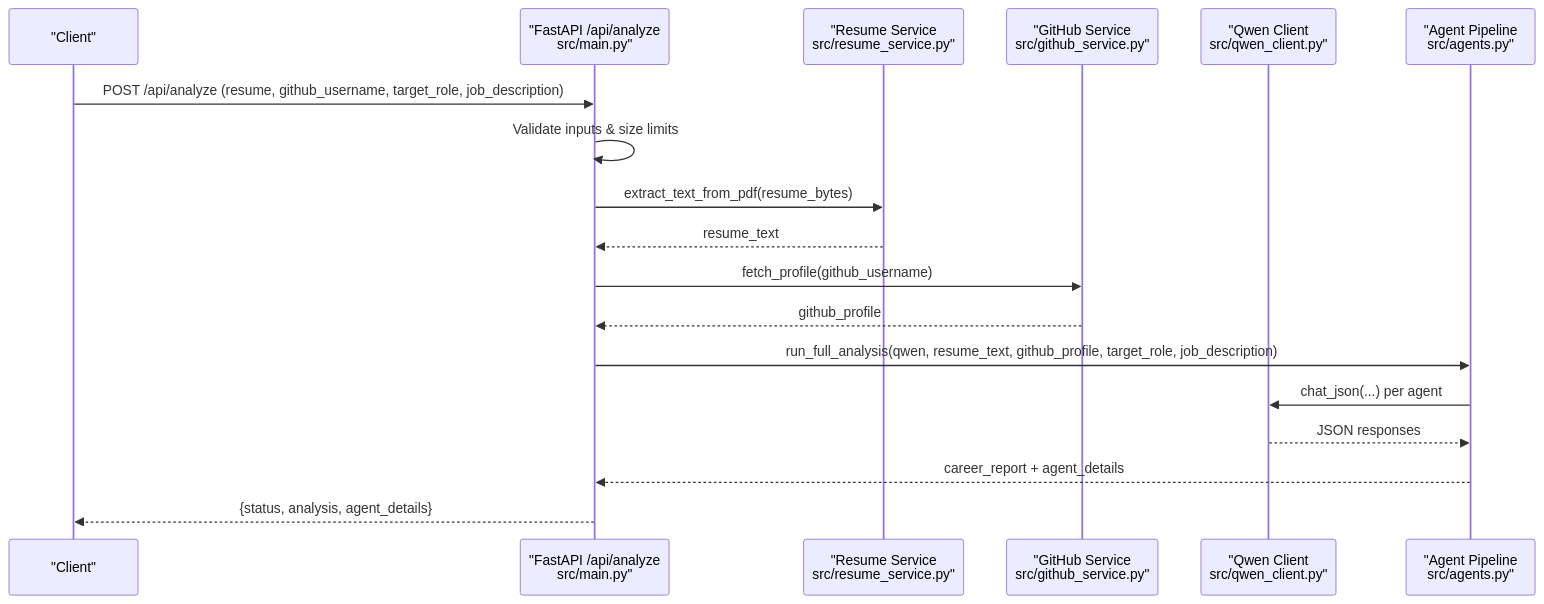
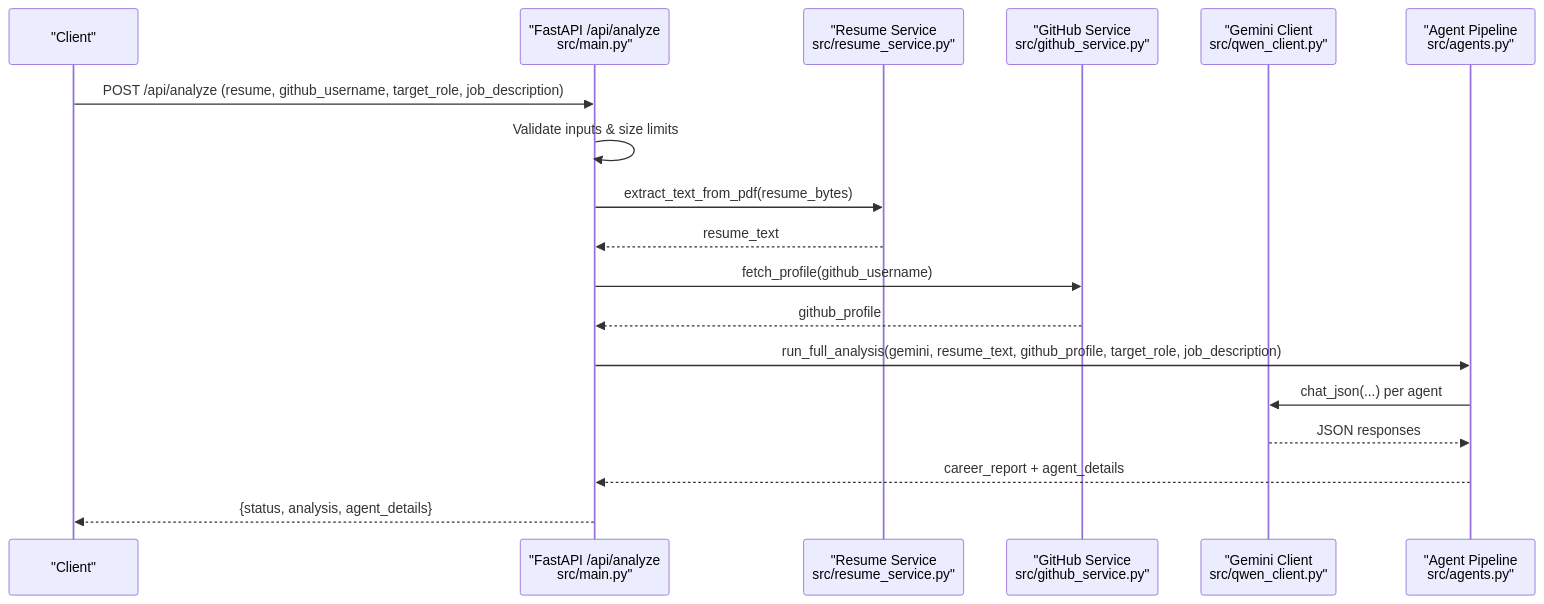
Before and after one commit to waqarimran342/CareerOS-AI: the second of 3 diagrams in .qoder/repowiki/en/content/Deployment Guide.md, drawn with Mermaid. The commit also changed other lines of this file and 32 other files, not shown here.

````diff
--- a/.qoder/repowiki/en/content/Deployment Guide.md
+++ b/.qoder/repowiki/en/content/Deployment Guide.md
@@ -101,20 +110,20 @@
 ```mermaid
 sequenceDiagram
 participant Client as "Client"
 participant API as "FastAPI /api/analyze<br/>src/main.py"
 participant ResSvc as "Resume Service<br/>src/resume_service.py"
 participant GH as "GitHub Service<br/>src/github_service.py"
-participant QW as "Qwen Client<br/>src/qwen_client.py"
+participant QW as "Gemini Client<br/>src/qwen_client.py"
 participant Agents as "Agent Pipeline<br/>src/agents.py"
 Client->>API : POST /api/analyze (resume, github_username, target_role, job_description)
 API->>API : Validate inputs & size limits
 API->>ResSvc : extract_text_from_pdf(resume_bytes)
 ResSvc-->>API : resume_text
 API->>GH : fetch_profile(github_username)
 GH-->>API : github_profile
-API->>Agents : run_full_analysis(qwen, resume_text, github_profile, target_role, job_description)
+API->>Agents : run_full_analysis(gemini, resume_text, github_profile, target_role, job_description)
 Agents->>QW : chat_json(...) per agent
 QW-->>Agents : JSON responses
 Agents-->>API : career_report + agent_details
 API-->>Client : {status, analysis, agent_details}
 ```
````
